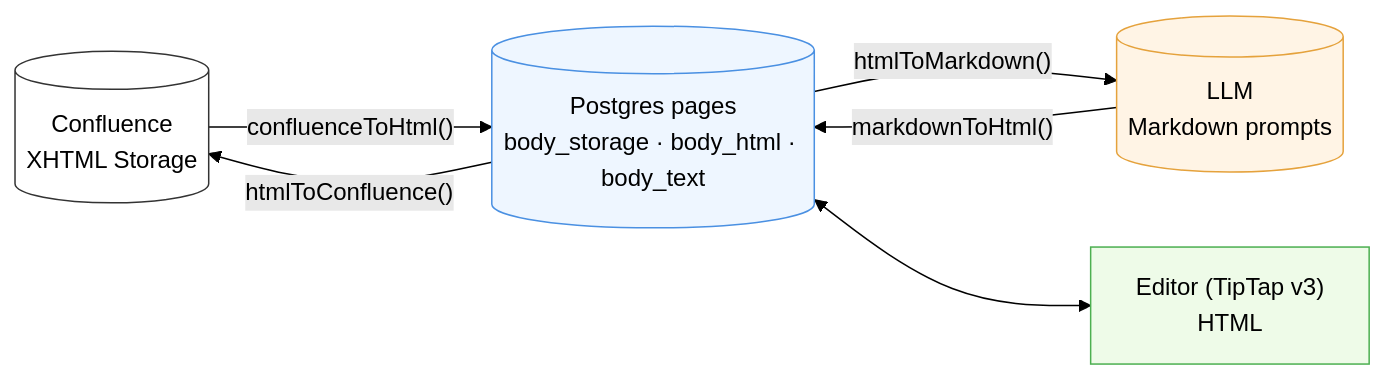
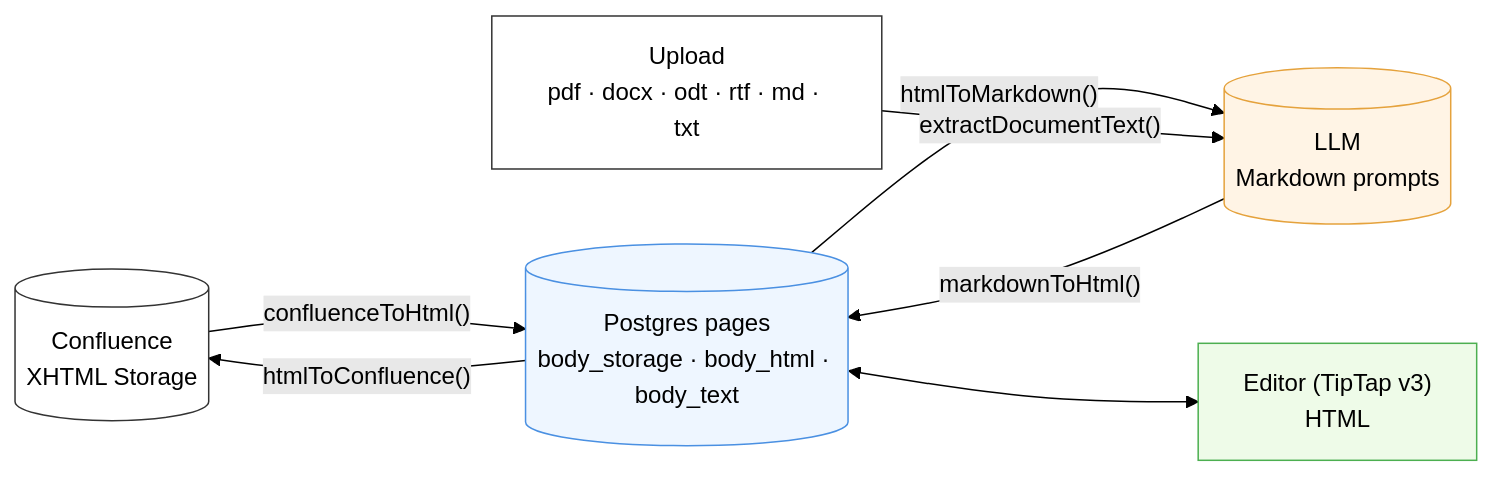
Before and after one commit to Compendiq/compendiq-ce: the first of 2 diagrams in docs/architecture/11-content-pipeline.md, drawn with Mermaid (forest theme). The commit also changed other lines of this file and 17 other files, not shown here.

````diff
--- a/docs/architecture/11-content-pipeline.md
+++ b/docs/architecture/11-content-pipeline.md
@@ -18,22 +19,26 @@
 ```mermaid
 flowchart LR
     CF[("Confluence<br/>XHTML Storage")]
     DB[("Postgres pages<br/>body_storage · body_html · body_text")]
     LLM[("LLM<br/>Markdown prompts")]
     ED["Editor (TipTap v3)<br/>HTML"]
 
+    UP["Upload<br/>pdf · docx · odt · rtf · md · txt"]
+
     CF -- "confluenceToHtml()" --> DB
     DB -- "htmlToConfluence()" --> CF
     DB -- "htmlToMarkdown()" --> LLM
     LLM -- "markdownToHtml()" --> DB
     DB <--> ED
+    UP -- "extractDocumentText()" --> LLM
 
     classDef ext fill:#fff,stroke:#333
     classDef data fill:#eef6ff,stroke:#4a90e2
     classDef ai fill:#fff4e5,stroke:#e5a23c
     classDef ui fill:#eefbe8,stroke:#4caf50
     class CF ext
+    class UP ext
     class DB data
     class LLM ai
     class ED ui
 ```
````
